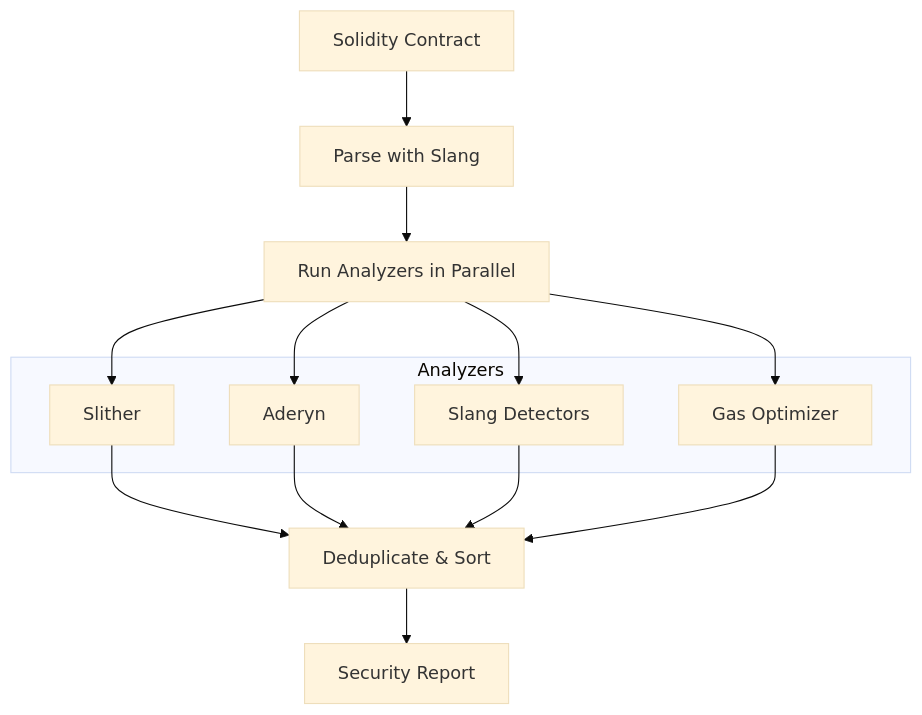
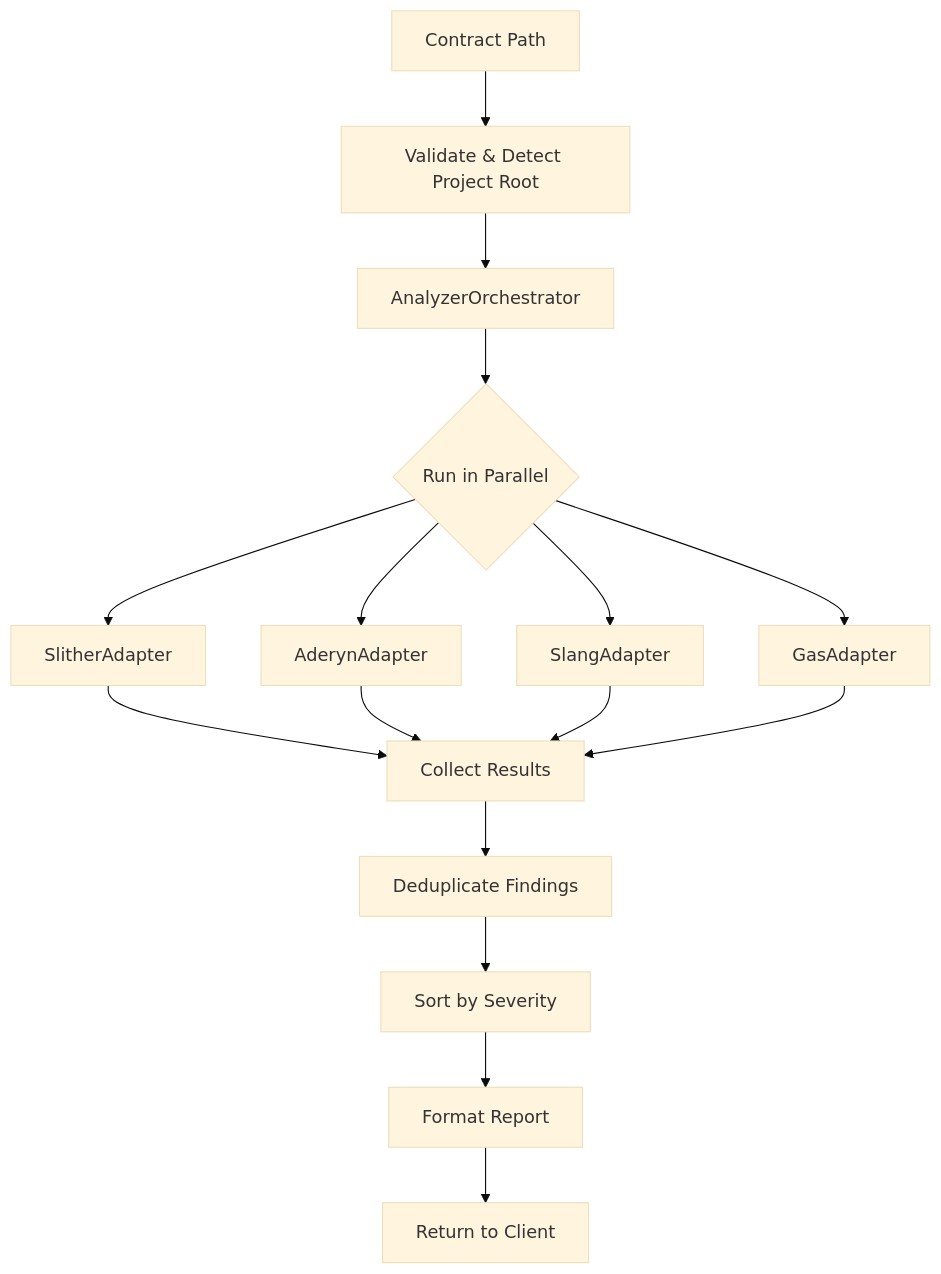
The third of 3 diagrams in docs/ARCHITECTURE.md (mariano-aguero/solidity-audit-mcp), drawn with Mermaid (base theme) before and after one commit. The commit also changed other lines of this file and 47 other files, not shown here.

````diff
--- a/docs/ARCHITECTURE.md
+++ b/docs/ARCHITECTURE.md
@@ -73,16 +191,22 @@
 ```mermaid
 flowchart TB
-    A[Solidity Contract] --> B[Parse with Slang]
-    B --> C[Run Analyzers in Parallel]
+    A[Contract Path] --> B[Validate & Detect Project Root]
+    B --> C[AnalyzerOrchestrator]
 
-    subgraph Analyzers
-        D[Slither]
-        E[Aderyn]
-        F[Slang Detectors]
-        G[Gas Optimizer]
-    end
+    C --> D{Run in Parallel}
 
-    C --> D & E & F & G
-    D & E & F & G --> H[Deduplicate & Sort]
-    H --> I[Security Report]
+    D --> E[SlitherAdapter]
+    D --> F[AderynAdapter]
+    D --> G[SlangAdapter]
+    D --> H[GasAdapter]
+
+    E --> I[Collect Results]
+    F --> I
+    G --> I
+    H --> I
+
+    I --> J[Deduplicate Findings]
+    J --> K[Sort by Severity]
+    K --> L[Format Report]
+    L --> M[Return to Client]
 ```
````
